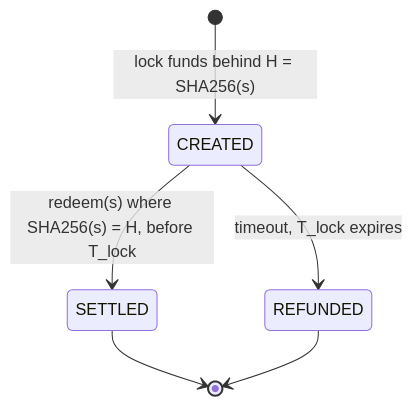
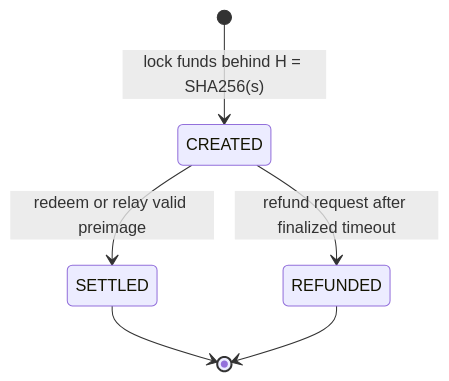
One commit to flop-labs/yellowpaper changed the third of 3 diagrams in yellowpaper.md. Above: the diagram before and after it, drawn with Mermaid. The commit also changed other lines of this file and 19 other files, not shown here.

````diff
--- a/yellowpaper.md
+++ b/yellowpaper.md
@@ -1869,8 +1957,8 @@
 ```mermaid
 stateDiagram-v2
   [*] --> CREATED: lock funds behind H = SHA256(s)
-  CREATED --> SETTLED: redeem(s) where SHA256(s) = H, before T_lock
-  CREATED --> REFUNDED: timeout, T_lock expires
+  CREATED --> SETTLED: redeem or relay valid preimage
+  CREATED --> REFUNDED: refund request after finalized timeout
   SETTLED --> [*]
   REFUNDED --> [*]
 ```
````
